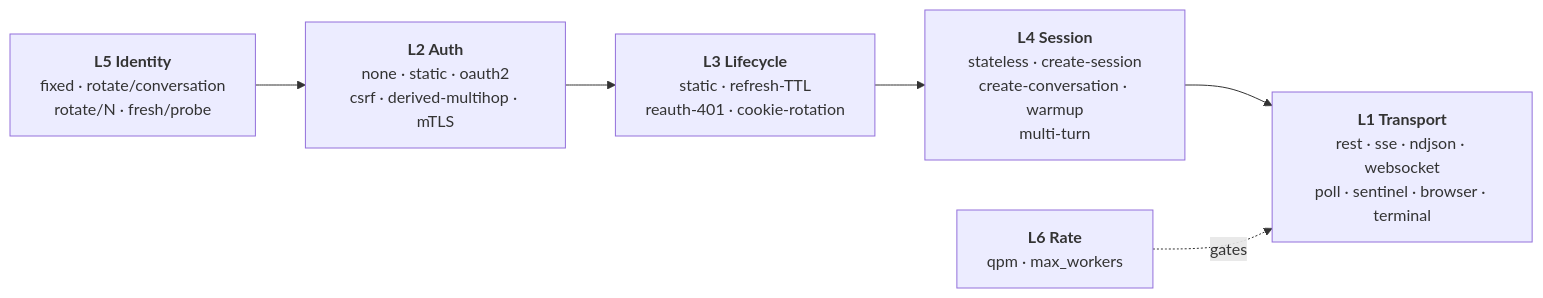
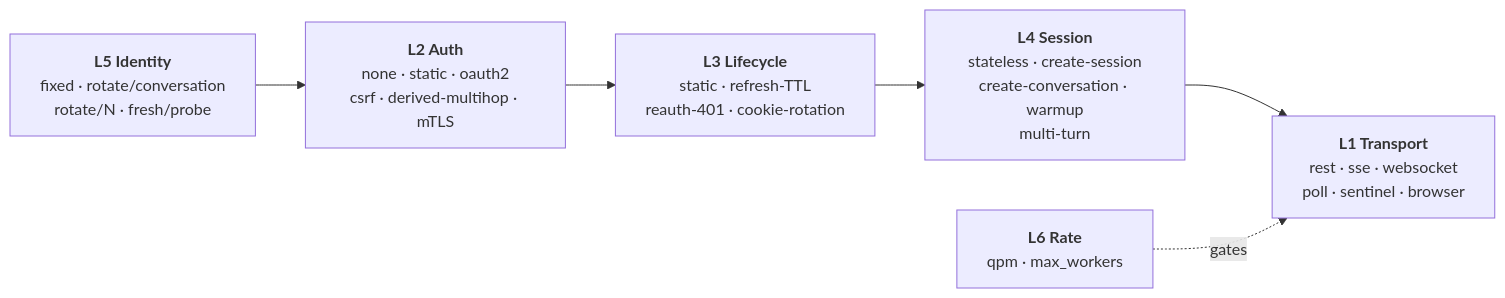
Before and after one commit to PhimmStraiker/ascend-cli: the third of 4 diagrams in README.md, drawn with Mermaid. The commit also changed other lines of this file and 33 other files, not shown here.

First line of the commit message:
Resolve configs consistently, and make the docs and diagrams describe 1.1 (#29)

````diff
--- a/README.md
+++ b/README.md
@@ -112,11 +127,11 @@
 ```mermaid
 flowchart LR
     L5["<b>L5 Identity</b><br/>fixed · rotate/conversation<br/>rotate/N · fresh/probe"]
     L2["<b>L2 Auth</b><br/>none · static · oauth2<br/>csrf · derived-multihop · mTLS"]
     L3["<b>L3 Lifecycle</b><br/>static · refresh-TTL<br/>reauth-401 · cookie-rotation"]
     L4["<b>L4 Session</b><br/>stateless · create-session<br/>create-conversation · warmup<br/>multi-turn"]
-    L1["<b>L1 Transport</b><br/>rest · sse · ndjson · websocket<br/>poll · sentinel · browser · terminal"]
+    L1["<b>L1 Transport</b><br/>rest · sse · websocket<br/>poll · sentinel · browser"]
     L6["<b>L6 Rate</b><br/>qpm · max_workers"]
     L5 --> L2 --> L3 --> L4 --> L1
     L6 -. gates .-> L1
 ```
````
